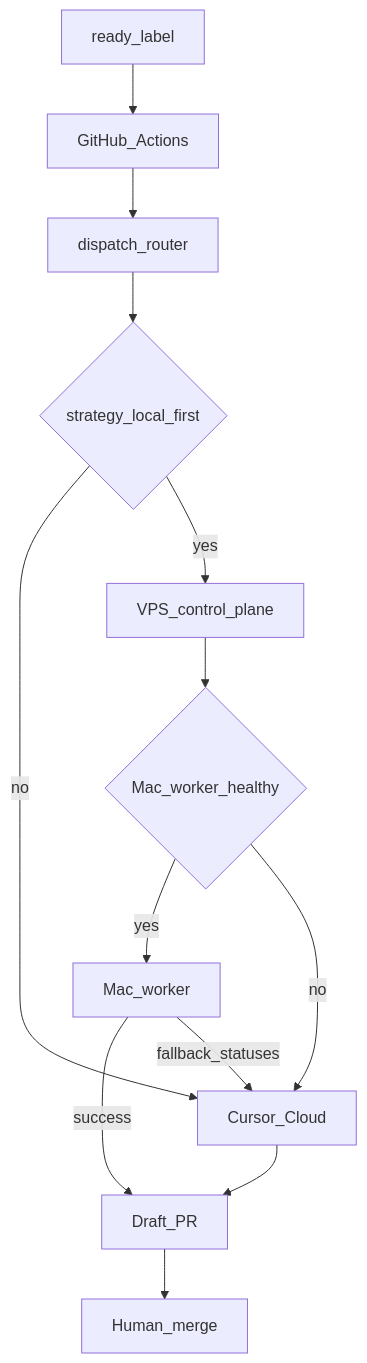
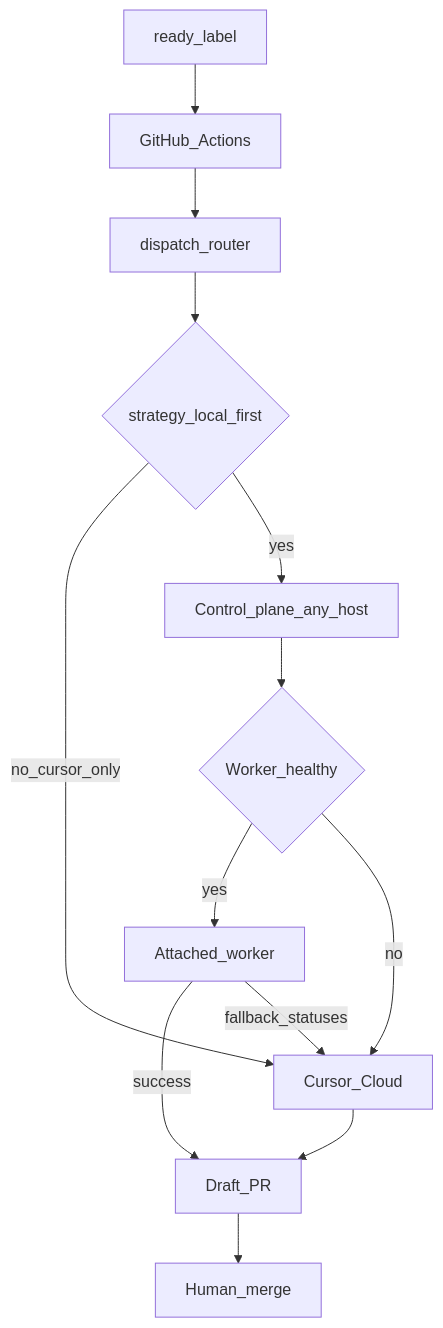
The diagram in docs/02-architecture/LOCAL_FIRST_RUNTIME.md (mitchelldawkinsjr/SEOS), drawn with Mermaid before and after one commit. The commit also changed other lines of this file and 6 other files, not shown here.

First line of the commit message:
Clarify that workers and control-plane hosts are optional and swappable.

````diff
--- a/docs/02-architecture/LOCAL_FIRST_RUNTIME.md
+++ b/docs/02-architecture/LOCAL_FIRST_RUNTIME.md
@@ -17,22 +17,22 @@
 ```mermaid
 flowchart TD
   ready[ready_label]
   gha[GitHub_Actions]
   router[dispatch_router]
   strategy{strategy_local_first}
-  vps[VPS_control_plane]
-  macHealthy{Mac_worker_healthy}
-  mac[Mac_worker]
+  plane[Control_plane_any_host]
+  workerHealthy{Worker_healthy}
+  worker[Attached_worker]
   cursor[Cursor_Cloud]
   draft[Draft_PR]
   human[Human_merge]
 
   ready --> gha --> router --> strategy
-  strategy -->|no| cursor
-  strategy -->|yes| vps --> macHealthy
-  macHealthy -->|yes| mac
-  macHealthy -->|no| cursor
-  mac -->|success| draft
-  mac -->|fallback_statuses| cursor
+  strategy -->|no_cursor_only| cursor
+  strategy -->|yes| plane --> workerHealthy
+  workerHealthy -->|yes| worker
+  workerHealthy -->|no| cursor
+  worker -->|success| draft
+  worker -->|fallback_statuses| cursor
   cursor --> draft --> human
 ```
````
